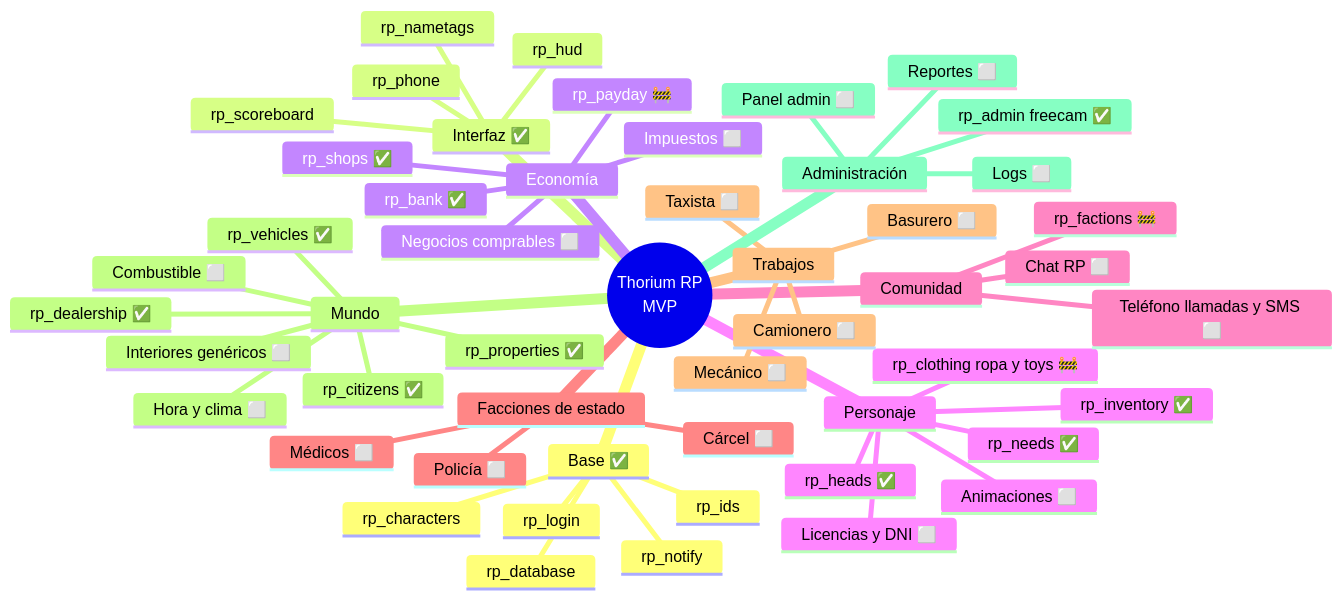
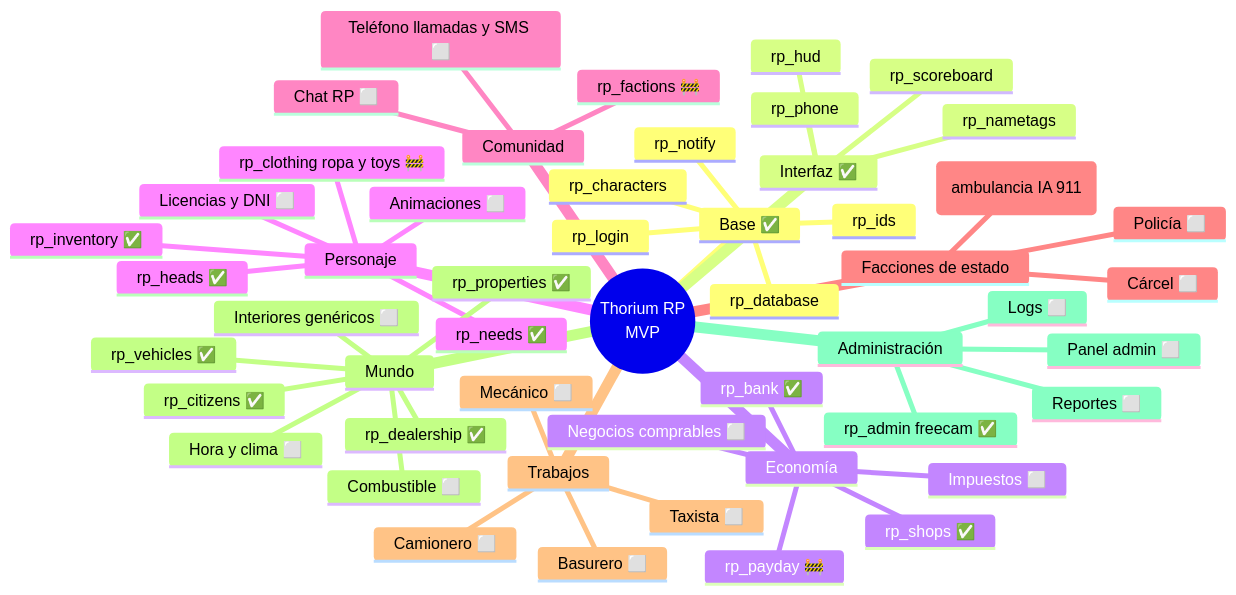
Before and after one commit to zThorium/MTA-SA-Roleplay-Gamemode-Thorium: the diagram in docs/PLAN_MVP.md, drawn with Mermaid. The commit also changed other lines of this file and 14 other files, not shown here.

````diff
--- a/docs/PLAN_MVP.md
+++ b/docs/PLAN_MVP.md
@@ -9,54 +9,54 @@
 ```mermaid
 mindmap
   root((Thorium RP<br/>MVP))
     Base ✅
       rp_database
       rp_login
       rp_characters
       rp_ids
       rp_notify
     Interfaz ✅
       rp_hud
       rp_scoreboard
       rp_nametags
       rp_phone
     Economía
       rp_bank ✅
       rp_shops ✅
       rp_payday 🚧
       Impuestos ⬜
       Negocios comprables ⬜
     Personaje
       rp_heads ✅
       rp_needs ✅
       rp_inventory ✅
       rp_clothing ropa y toys 🚧
       Animaciones ⬜
       Licencias y DNI ⬜
     Comunidad
       rp_factions 🚧
       Chat RP ⬜
       Teléfono llamadas y SMS ⬜
     Facciones de estado
       Policía ⬜
-      Médicos ⬜
+      Médicos 🚧 (ambulancia IA 911)
       Cárcel ⬜
     Trabajos
       Camionero ⬜
       Basurero ⬜
       Taxista ⬜
       Mecánico ⬜
     Mundo
       rp_properties ✅
       rp_vehicles ✅
       rp_dealership ✅
       rp_citizens ✅
       Combustible ⬜
       Interiores genéricos ⬜
       Hora y clima ⬜
     Administración
       rp_admin freecam ✅
       Panel admin ⬜
       Reportes ⬜
       Logs ⬜
 ```
````
